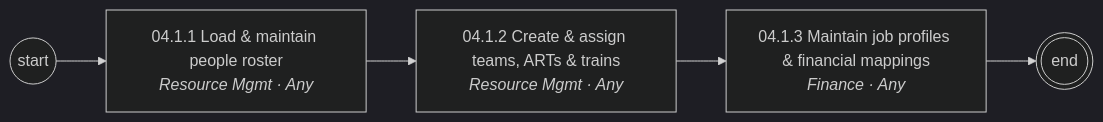
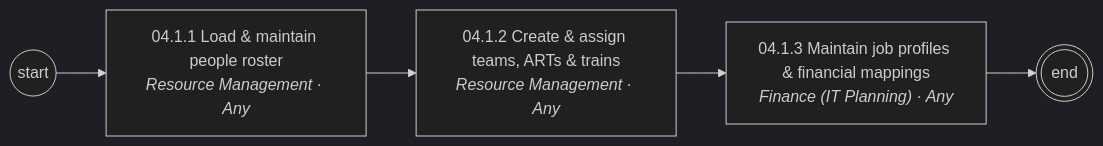
The second of 6 diagrams in diagrams/mermaid/area-04.md (corbyjames/apptio-process-catalog), drawn with Mermaid (dark theme) before and after one commit. The commit also changed other lines of this file and 251 other files, not shown here.

````diff
--- a/diagrams/mermaid/area-04.md
+++ b/diagrams/mermaid/area-04.md
@@ -25,11 +25,11 @@
 ```mermaid
 flowchart LR
   S((start))
-  N04_1_1["04.1.1 Load & maintain people roster<br/><i>Resource Mgmt · Any</i>"]
+  N04_1_1["04.1.1 Load & maintain people roster<br/><i>Resource Management · Any</i>"]
   S --> N04_1_1
-  N04_1_2["04.1.2 Create & assign teams, ARTs & trains<br/><i>Resource Mgmt · Any</i>"]
+  N04_1_2["04.1.2 Create & assign teams, ARTs & trains<br/><i>Resource Management · Any</i>"]
   N04_1_1 --> N04_1_2
-  N04_1_3["04.1.3 Maintain job profiles & financial mappings<br/><i>Finance · Any</i>"]
+  N04_1_3["04.1.3 Maintain job profiles & financial mappings<br/><i>Finance (IT Planning) · Any</i>"]
   N04_1_2 --> N04_1_3
   N04_1_3 --> E(((end)))
 ```
````
